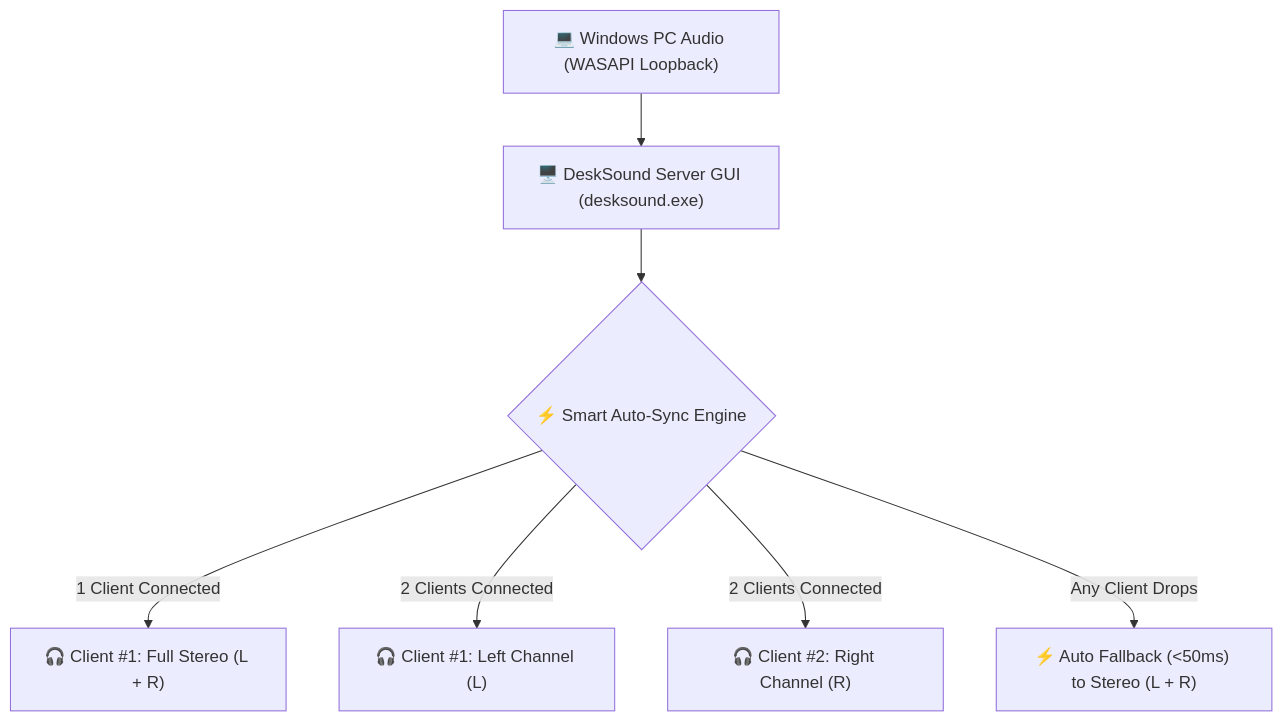
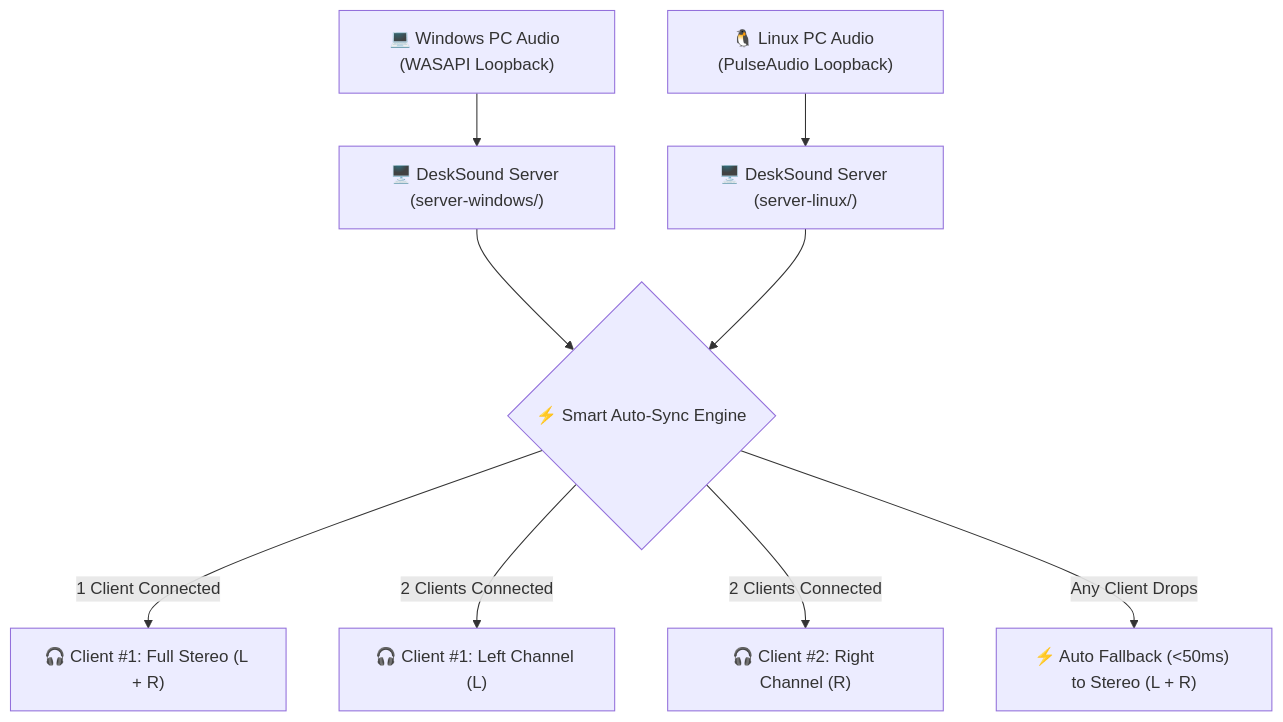
Before and after one commit to vathsathya/yanich-desksound: the diagram in README.md, drawn with Mermaid. The commit also changed other lines of this file and 6 other files, not shown here.

````diff
--- a/README.md
+++ b/README.md
@@ -41,9 +42,11 @@
 ```mermaid
 graph TD
-    A["💻 Windows PC Audio (WASAPI Loopback)"] --> B["🖥️ DeskSound Server GUI (desksound.exe)"]
+    A["💻 Windows PC Audio (WASAPI Loopback)"] --> B["🖥️ DeskSound Server (server-windows/)"]
+    L["🐧 Linux PC Audio (PulseAudio Loopback)"] --> M["🖥️ DeskSound Server (server-linux/)"]
     B --> C{"⚡ Smart Auto-Sync Engine"}
+    M --> C
     C -->|"1 Client Connected"| D["🎧 Client #1: Full Stereo (L + R)"]
     C -->|"2 Clients Connected"| E["🎧 Client #1: Left Channel (L)"]
     C -->|"2 Clients Connected"| F["🎧 Client #2: Right Channel (R)"]
     C -->|"Any Client Drops"| G["⚡ Auto Fallback (<50ms) to Stereo (L + R)"]
 ```
````
